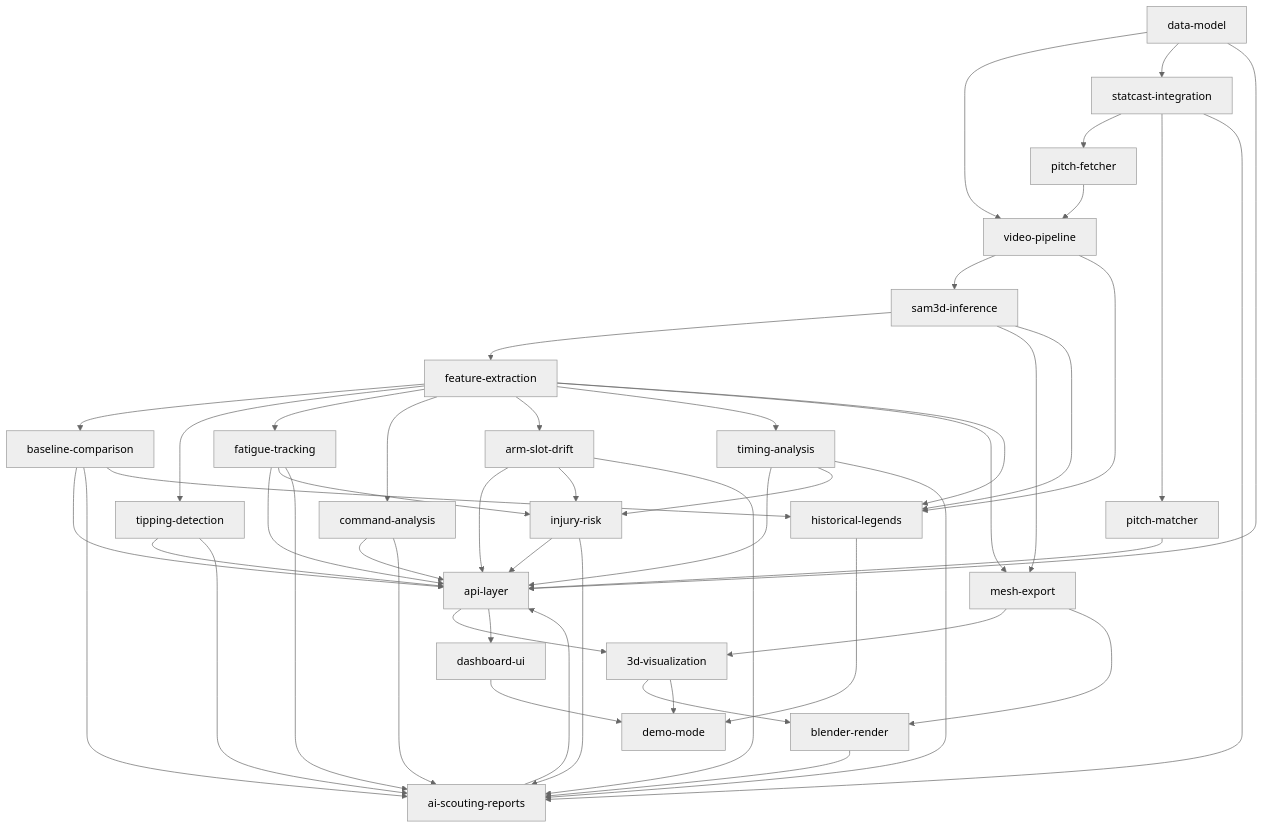
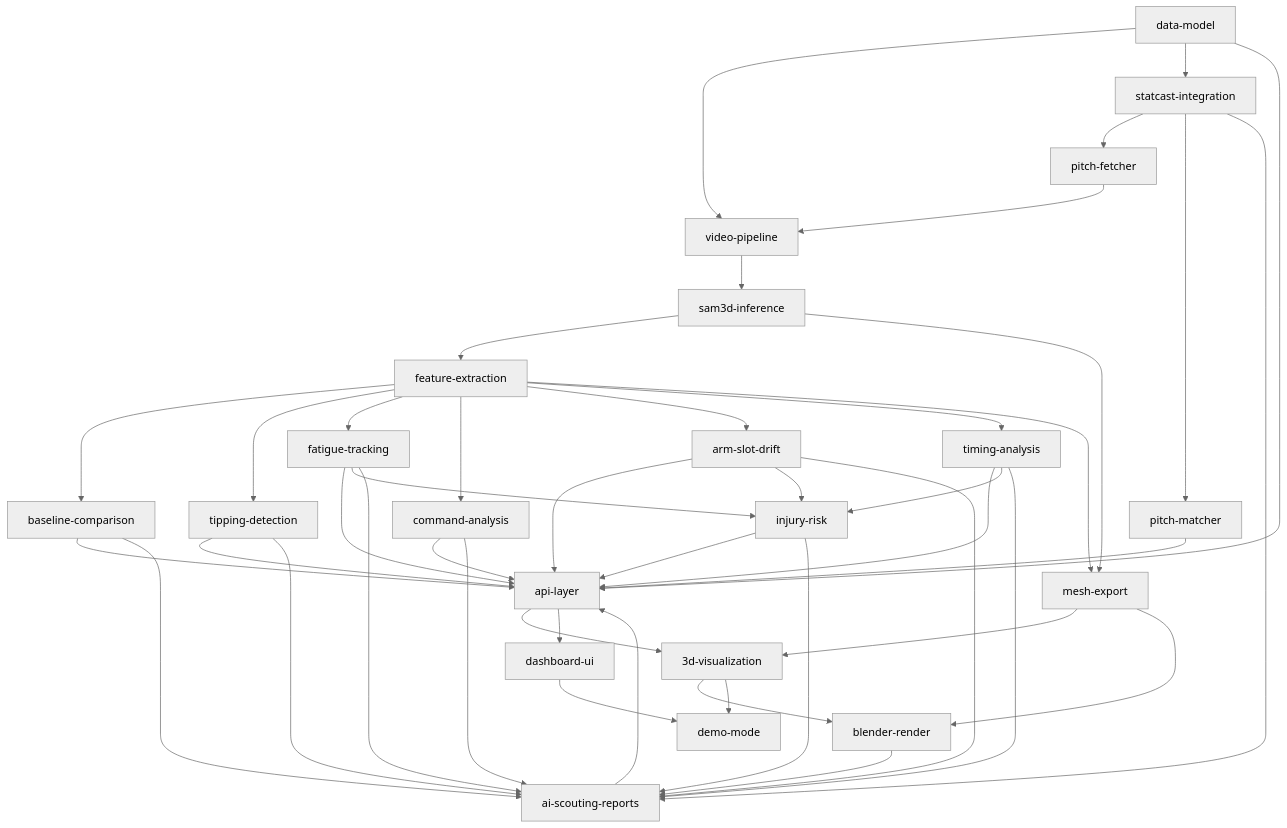
Before and after one commit to shihwesley/SamPlaysBaseball: the diagram in docs/plans/manifest.md, drawn with Mermaid (neutral theme). The commit also changed other lines of this file and 15 other files, not shown here.

````diff
--- a/docs/plans/manifest.md
+++ b/docs/plans/manifest.md
@@ -26,52 +26,47 @@
 ```mermaid
 graph TD
     DM[data-model] --> VP[video-pipeline]
     DM --> SC[statcast-integration]
     SC --> PF[pitch-fetcher]
     PF --> VP
     VP --> SI[sam3d-inference]
     SI --> FE[feature-extraction]
     FE --> BC[baseline-comparison]
     FE --> TD[tipping-detection]
     FE --> FT[fatigue-tracking]
     FE --> CA[command-analysis]
     FE --> ASD[arm-slot-drift]
     FE --> TA[timing-analysis]
     DM --> API[api-layer]
     BC --> API
     TD --> API
     FT --> API
     CA --> API
     ASD --> API
     TA --> API
     FT --> IR[injury-risk]
     ASD --> IR
     TA --> IR
     IR --> API
     SC --> PM[pitch-matcher]
     PM --> API
     BC --> ASR[ai-scouting-reports]
     TD --> ASR
     FT --> ASR
     CA --> ASR
     ASD --> ASR
     TA --> ASR
     IR --> ASR
     SC --> ASR
     ASR --> API
     FE --> ME[mesh-export]
     SI --> ME
     API --> VIZ[3d-visualization]
     ME --> VIZ
     API --> DASH[dashboard-ui]
     VIZ --> BR[blender-render]
     ME --> BR
     BR --> ASR
     VIZ --> DEMO[demo-mode]
     DASH --> DEMO
-    VP --> HL[historical-legends]
-    SI --> HL
-    FE --> HL
-    BC --> HL
-    HL --> DEMO
 ```
````
